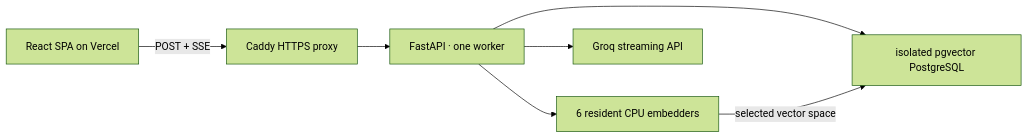
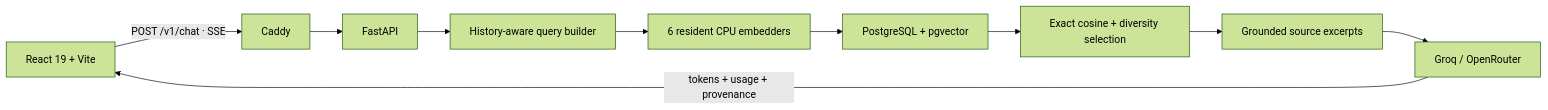
One commit to Yash456k/rag-playground changed the diagram in README.md. Above: the diagram before and after it, drawn with Mermaid (forest theme). The commit also changed other lines of this file and 1 other file, not shown here.

````diff
--- a/README.md
+++ b/README.md
@@ -26,9 +59,12 @@
 ```mermaid
 flowchart LR
-    Browser["React SPA on Vercel"] -->|"POST + SSE"| Caddy["Caddy HTTPS proxy"]
-    Caddy --> API["FastAPI · one worker"]
-    API --> Registry["6 resident CPU embedders"]
-    API --> PG["isolated pgvector PostgreSQL"]
-    API --> Groq["Groq streaming API"]
-    Registry -->|"selected vector space"| PG
+    Browser["React 19 + Vite"] -->|"POST /v1/chat · SSE"| Proxy["Caddy"]
+    Proxy --> API["FastAPI"]
+    API --> Query["History-aware query builder"]
+    Query --> Models["6 resident CPU embedders"]
+    Models --> DB["PostgreSQL + pgvector"]
+    DB --> Select["Exact cosine + diversity selection"]
+    Select --> Context["Grounded source excerpts"]
+    Context --> LLM["Groq / OpenRouter"]
+    LLM -->|"tokens + usage + provenance"| Browser
 ```
````
